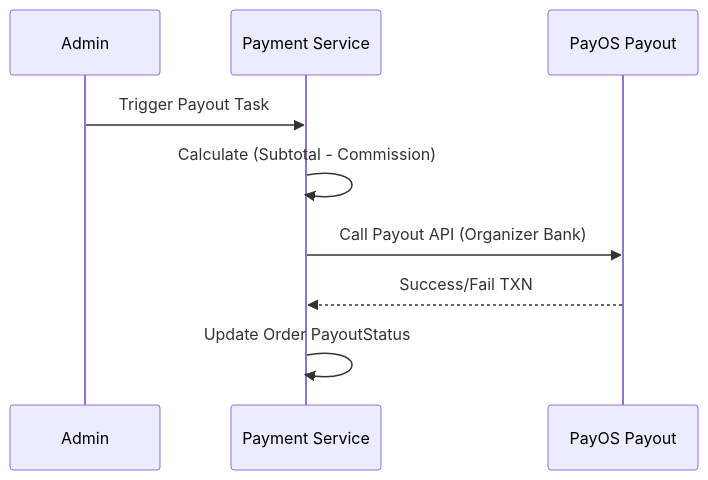
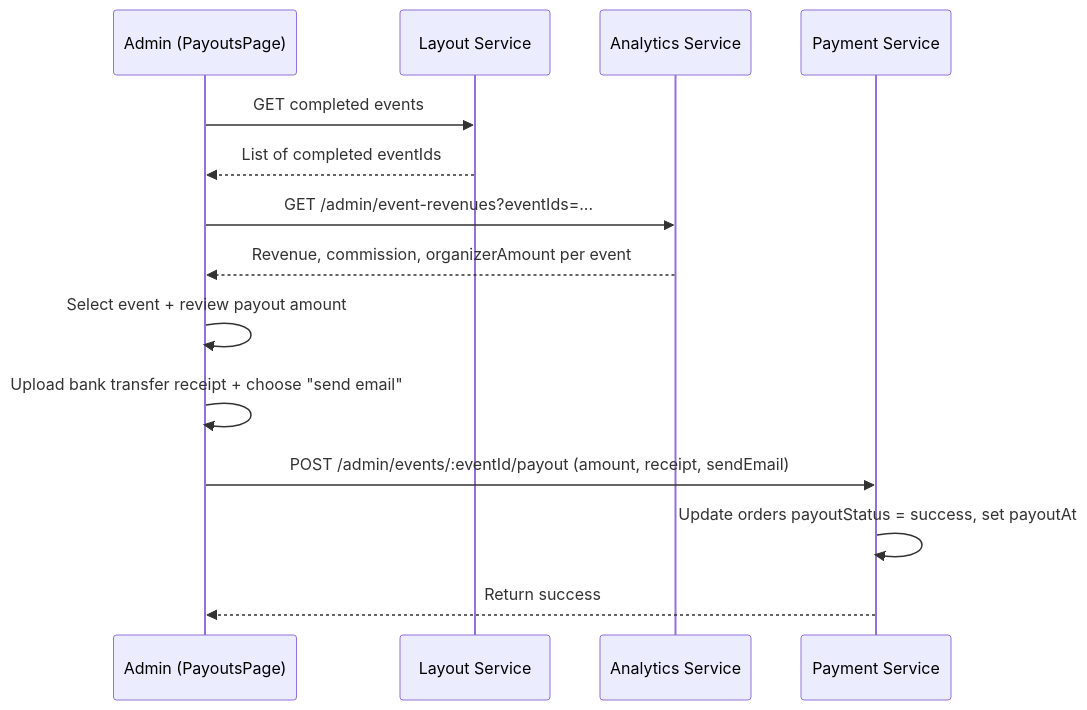
Before and after one commit to SDN-Group5/Event-Ticketing-Platform: diagram 14 of 28 in doc/UML/Phuoc_PaymentCheckin.md, drawn with Mermaid. The commit also changed other lines of this file and 19 other files, not shown here.

````diff
--- a/doc/UML/Phuoc_PaymentCheckin.md
+++ b/doc/UML/Phuoc_PaymentCheckin.md
@@ -225,11 +221,19 @@
 ```mermaid
 sequenceDiagram
-    participant A as Admin
+    participant A as Admin (PayoutsPage)
+    participant LA as Layout Service
+    participant AN as Analytics Service
     participant P as Payment Service
-    participant OS as PayOS Payout
-    A->>P: Trigger Payout Task
-    P->>P: Calculate (Subtotal - Commission)
-    P->>OS: Call Payout API (Organizer Bank)
-    OS-->>P: Success/Fail TXN
-    P->>P: Update Order PayoutStatus
+
+    A->>LA: GET completed events
+    LA-->>A: List of completed eventIds
+    A->>AN: GET /admin/event-revenues?eventIds=...
+    AN-->>A: Revenue, commission, organizerAmount per event
+
+    A->>A: Select event + review payout amount
+    A->>A: Upload bank transfer receipt + choose "send email"
+
+    A->>P: POST /admin/events/:eventId/payout (amount, receipt, sendEmail)
+    P->>P: Update orders payoutStatus = success, set payoutAt
+    P-->>A: Return success
 ```
````
